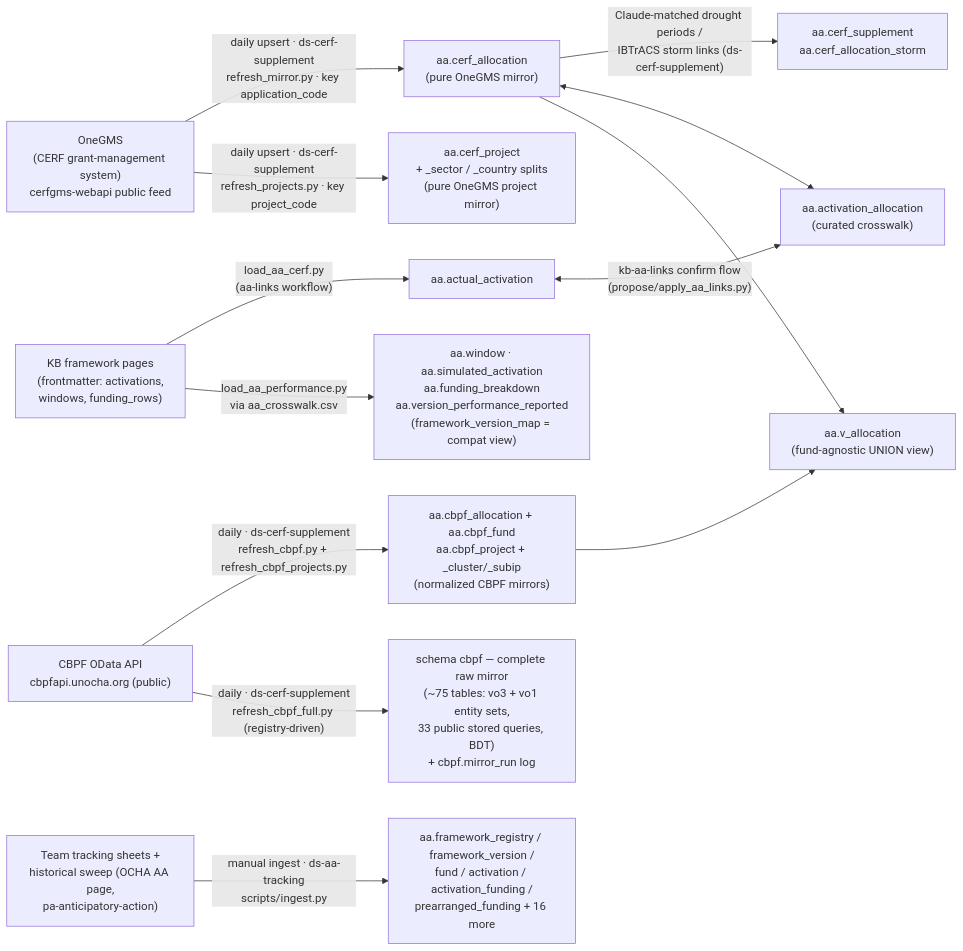
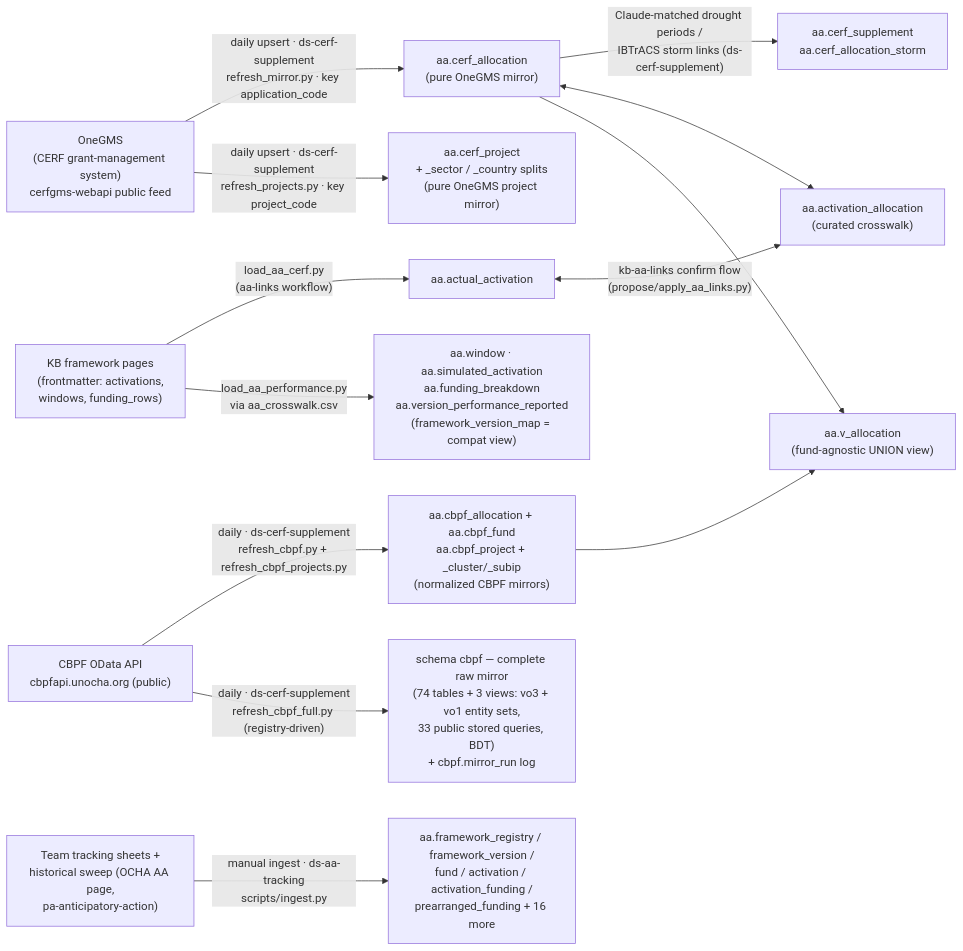
Before and after one commit to OCHA-DAP/ds-knowledge-base: the first of 3 diagrams in infrastructure/db-erd.md, drawn with Mermaid. The commit also changed 2 other files, not shown here.

Commit message:
cbpf-odata: tables = verbatim API responses, derived cuts are views; BDT group cut is a view; pointer to the endpoint→table map

````diff
--- a/infrastructure/db-erd.md
+++ b/infrastructure/db-erd.md
@@ -35,19 +35,19 @@
 ```mermaid
 flowchart LR
     onegms["OneGMS<br/>(CERF grant-management system)<br/>cerfgms-webapi public feed"]
     kb["KB framework pages<br/>(frontmatter: activations,<br/>windows, funding_rows)"]
     onegms -->|"daily upsert · ds-cerf-supplement<br/>refresh_mirror.py · key application_code"| mirror["aa.cerf_allocation<br/>(pure OneGMS mirror)"]
     onegms -->|"daily upsert · ds-cerf-supplement<br/>refresh_projects.py · key project_code"| projmirror["aa.cerf_project<br/>+ _sector / _country splits<br/>(pure OneGMS project mirror)"]
     mirror -->|"Claude-matched drought periods /<br/>IBTrACS storm links (ds-cerf-supplement)"| supp["aa.cerf_supplement<br/>aa.cerf_allocation_storm"]
     kb -->|"load_aa_cerf.py<br/>(aa-links workflow)"| act["aa.actual_activation"]
     kb -->|"load_aa_performance.py<br/>via aa_crosswalk.csv"| perf["aa.window · aa.simulated_activation<br/>aa.funding_breakdown<br/>aa.version_performance_reported<br/>(framework_version_map = compat view)"]
     act <-->|"kb-aa-links confirm flow<br/>(propose/apply_aa_links.py)"| xwalk["aa.activation_allocation<br/>(curated crosswalk)"]
     mirror <--> xwalk
     cbpfapi["CBPF OData API<br/>cbpfapi.unocha.org (public)"]
     cbpfapi -->|"daily · ds-cerf-supplement<br/>refresh_cbpf.py + refresh_cbpf_projects.py"| cbpf["aa.cbpf_allocation + aa.cbpf_fund<br/>aa.cbpf_project + _cluster/_subip<br/>(normalized CBPF mirrors)"]
-    cbpfapi -->|"daily · ds-cerf-supplement<br/>refresh_cbpf_full.py (registry-driven)"| cbpfraw["schema cbpf — complete raw mirror<br/>(~75 tables: vo3 + vo1 entity sets,<br/>33 public stored queries, BDT)<br/>+ cbpf.mirror_run log"]
+    cbpfapi -->|"daily · ds-cerf-supplement<br/>refresh_cbpf_full.py (registry-driven)"| cbpfraw["schema cbpf — complete raw mirror<br/>(74 tables + 3 views: vo3 + vo1 entity sets,<br/>33 public stored queries, BDT)<br/>+ cbpf.mirror_run log"]
     mirror --> valloc["aa.v_allocation<br/>(fund-agnostic UNION view)"]
     cbpf --> valloc
     sheets["Team tracking sheets +<br/>historical sweep (OCHA AA page,<br/>pa-anticipatory-action)"]
     sheets -->|"manual ingest · ds-aa-tracking<br/>scripts/ingest.py"| trk["aa.framework_registry / framework_version /<br/>fund / activation / activation_funding /<br/>prearranged_funding + 16 more"]
 ```
````
